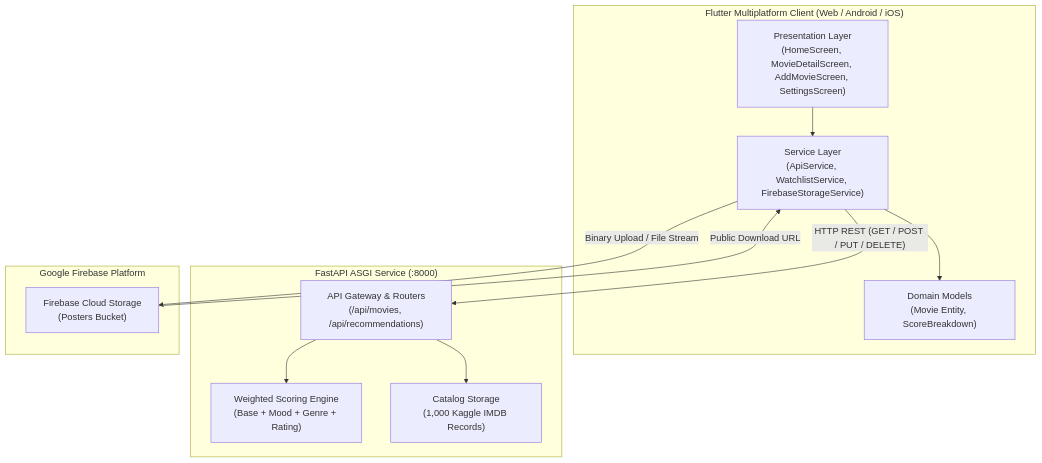
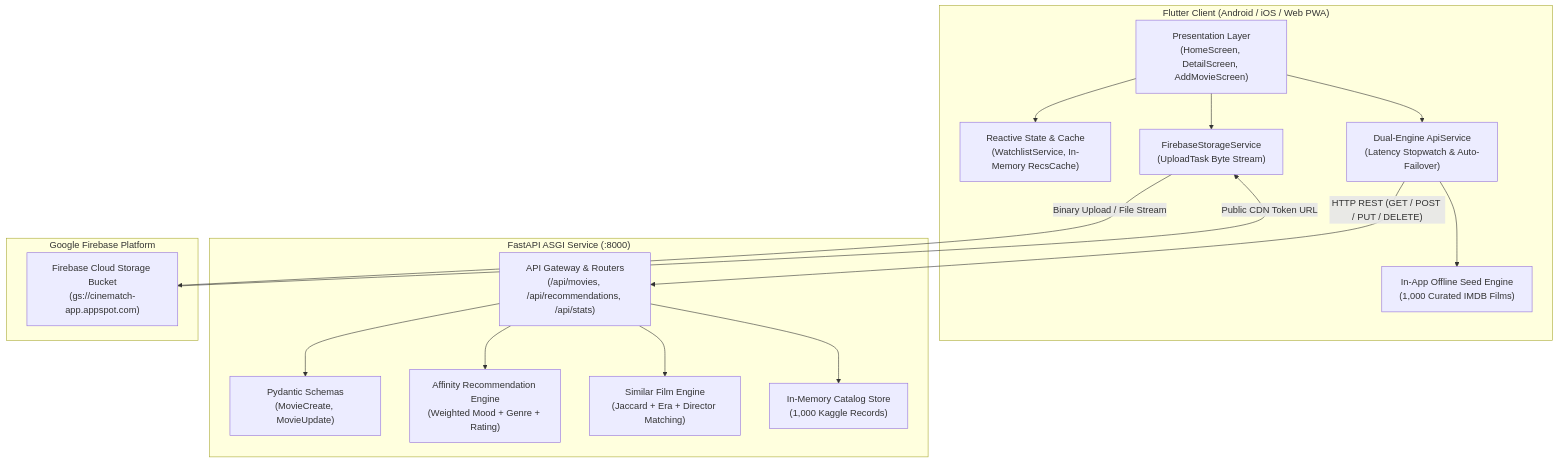
The diagram in README.md (ivengexnce/cinematch), drawn with Mermaid before and after one commit. The commit also changed other lines of this file and 25 other files, not shown here.

Commit message:
feat: add core app features including API service, screens, models, and UI components

````diff
--- a/README.md
+++ b/README.md
@@ -53,27 +72,36 @@
 ```mermaid
 graph TD
-    subgraph Client ["Flutter Multiplatform Client (Web / Android / iOS)"]
-        UI["Presentation Layer<br/>(HomeScreen, MovieDetailScreen, AddMovieScreen, SettingsScreen)"]
-        Services["Service Layer<br/>(ApiService, WatchlistService, FirebaseStorageService)"]
-        Models["Domain Models<br/>(Movie Entity, ScoreBreakdown)"]
-        UI --> Services
-        Services --> Models
+    subgraph Client ["Flutter Client (Android / iOS / Web PWA)"]
+        UI["Presentation Layer<br/>(HomeScreen, DetailScreen, AddMovieScreen)"]
+        State["Reactive State & Cache<br/>(WatchlistService, In-Memory RecsCache)"]
+        Service["Dual-Engine ApiService<br/>(Latency Stopwatch & Auto-Failover)"]
+        Storage["FirebaseStorageService<br/>(UploadTask Byte Stream)"]
+        LocalSeed["In-App Offline Seed Engine<br/>(1,000 Curated IMDB Films)"]
+
+        UI --> State
+        UI --> Service
+        UI --> Storage
+        Service --> LocalSeed
     end
 
     subgraph Backend ["FastAPI ASGI Service (:8000)"]
-        Gateway["API Gateway & Routers<br/>(/api/movies, /api/recommendations)"]
-        Engine["Weighted Scoring Engine<br/>(Base + Mood + Genre + Rating)"]
-        Store["Catalog Storage<br/>(1,000 Kaggle IMDB Records)"]
-        Gateway --> Engine
+        Gateway["API Gateway & Routers<br/>(/api/movies, /api/recommendations, /api/stats)"]
+        Pydantic["Pydantic Schemas<br/>(MovieCreate, MovieUpdate)"]
+        RecEngine["Affinity Recommendation Engine<br/>(Weighted Mood + Genre + Rating)"]
+        SimEngine["Similar Film Engine<br/>(Jaccard + Era + Director Matching)"]
+        Store["In-Memory Catalog Store<br/>(1,000 Kaggle Records)"]
+
+        Gateway --> Pydantic
+        Gateway --> RecEngine
+        Gateway --> SimEngine
         Gateway --> Store
     end
 
     subgraph Firebase ["Google Firebase Platform"]
-        CloudBucket["Firebase Cloud Storage<br/>(Posters Bucket)"]
+        CloudBucket["Firebase Cloud Storage Bucket<br/>(gs://cinematch-app.appspot.com)"]
     end
 
-    %% Client Communication
-    Services -- "HTTP REST (GET / POST / PUT / DELETE)" --> Gateway
-    Services -- "Binary Upload / File Stream" --> CloudBucket
-    CloudBucket -- "Public Download URL" --> Services
+    Service -- "HTTP REST (GET / POST / PUT / DELETE)" --> Gateway
+    Storage -- "Binary Upload / File Stream" --> CloudBucket
+    CloudBucket -- "Public CDN Token URL" --> Storage
 ```
````
